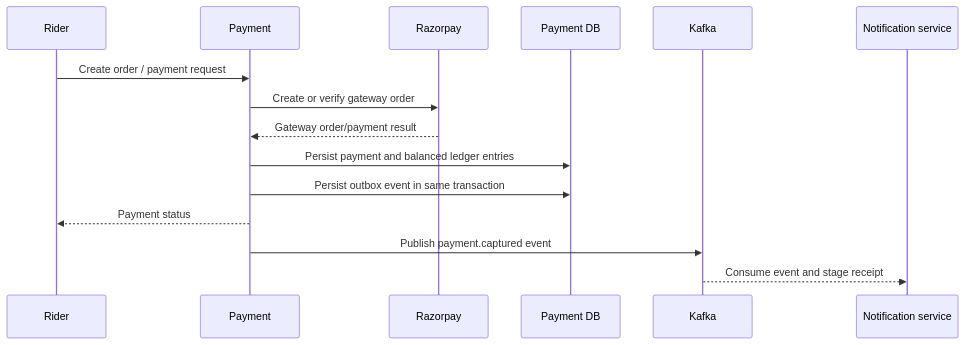
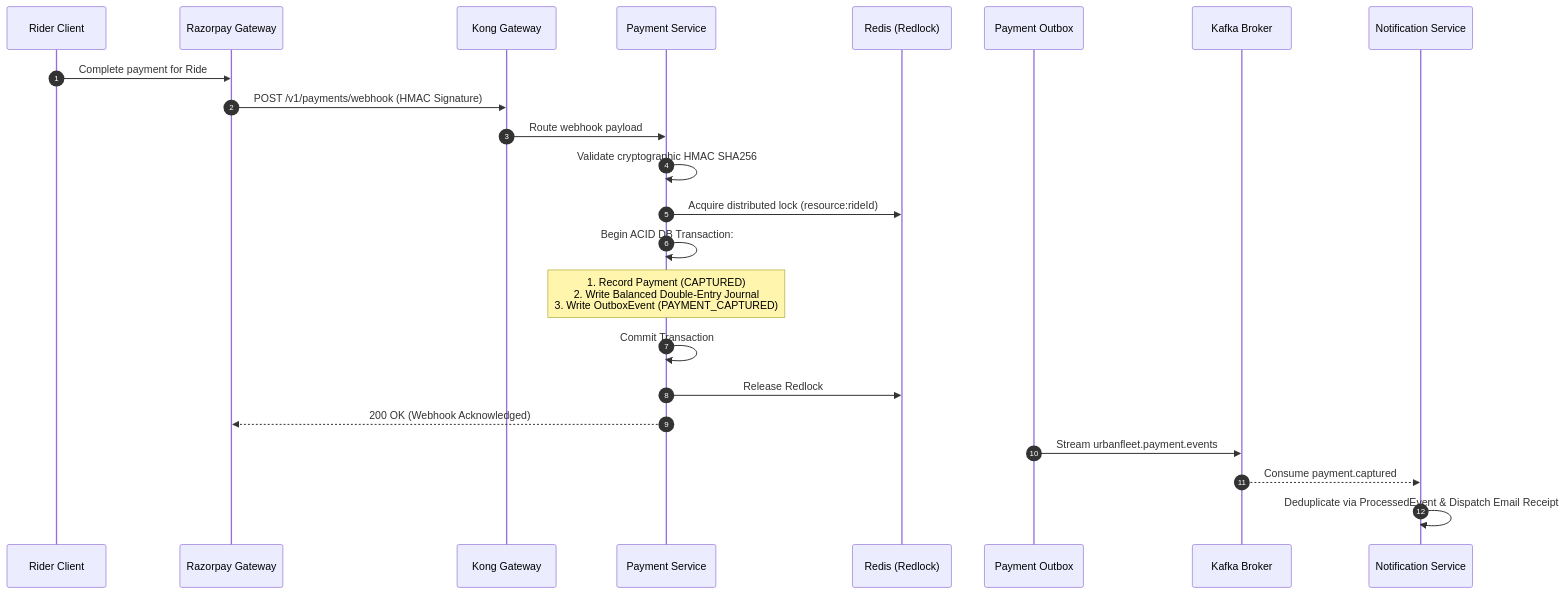
The third of 3 diagrams in README.md (akshaygupta9874/urbanfleet-project), drawn with Mermaid before and after one commit. The commit also changed other lines of this file and 72 other files, not shown here.

````diff
--- a/README.md
+++ b/README.md
@@ -373,21 +316,28 @@
 ```mermaid
 sequenceDiagram
-  participant Rider
-  participant Payment
-  participant Gateway as Razorpay
-  participant DB as Payment DB
-  participant Kafka
-  participant Notify as Notification service
+    autonumber
+    participant Rider as Rider Client
+    participant Gateway as Razorpay Gateway
+    participant Kong as Kong Gateway
+    participant Payment as Payment Service
+    participant Redis as Redis (Redlock)
+    participant Outbox as Payment Outbox
+    participant Kafka as Kafka Broker
+    participant Notify as Notification Service
 
-  Rider->>Payment: Create order / payment request
-  Payment->>Gateway: Create or verify gateway order
-  Gateway-->>Payment: Gateway order/payment result
-  Payment->>DB: Persist payment and balanced ledger entries
-  Payment->>DB: Persist outbox event in same transaction
-  Payment-->>Rider: Payment status
-  Payment->>Kafka: Publish payment.captured event
-  Kafka-->>Notify: Consume event and stage receipt
-
-
-
+    Rider->>Gateway: Complete payment for Ride
+    Gateway->>Kong: POST /v1/payments/webhook (HMAC Signature)
+    Kong->>Payment: Route webhook payload
+    Payment->>Payment: Validate cryptographic HMAC SHA256
+    Payment->>Redis: Acquire distributed lock (resource:rideId)
+    
+    Payment->>Payment: Begin ACID DB Transaction:
+    Note over Payment: 1. Record Payment (CAPTURED)<br/>2. Write Balanced Double-Entry Journal<br/>3. Write OutboxEvent (PAYMENT_CAPTURED)
+    Payment->>Payment: Commit Transaction
+    Payment->>Redis: Release Redlock
+    Payment-->>Gateway: 200 OK (Webhook Acknowledged)
+    
+    Outbox->>Kafka: Stream urbanfleet.payment.events
+    Kafka-->>Notify: Consume payment.captured
+    Notify->>Notify: Deduplicate via ProcessedEvent & Dispatch Email Receipt
 ```
````
